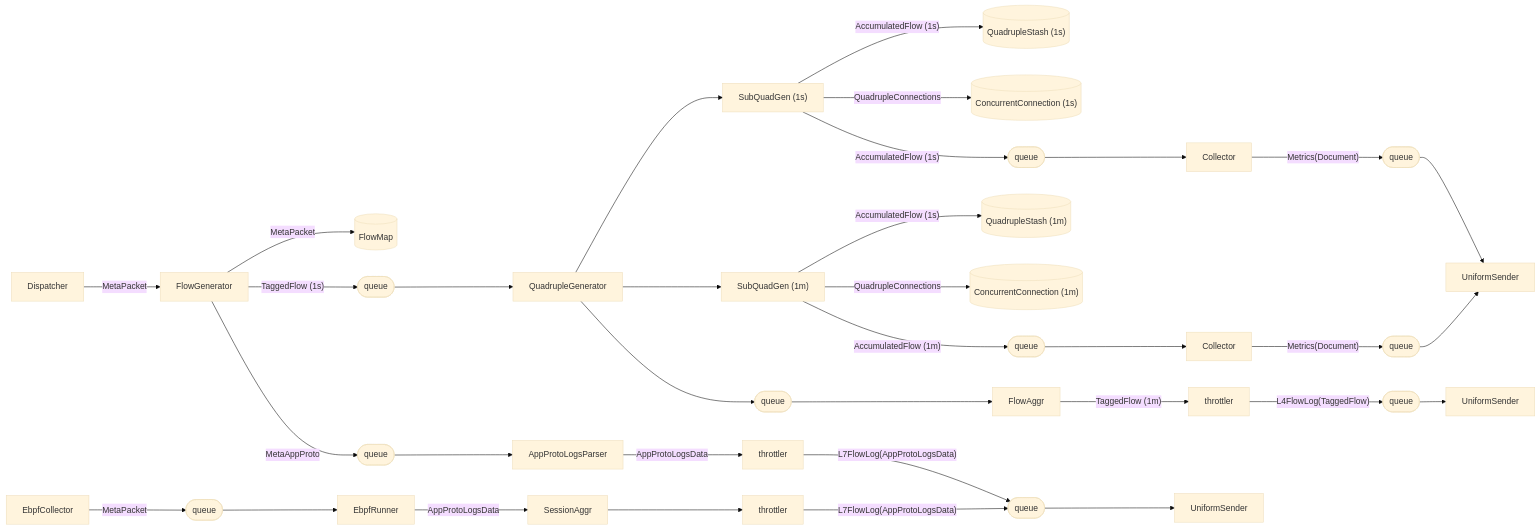
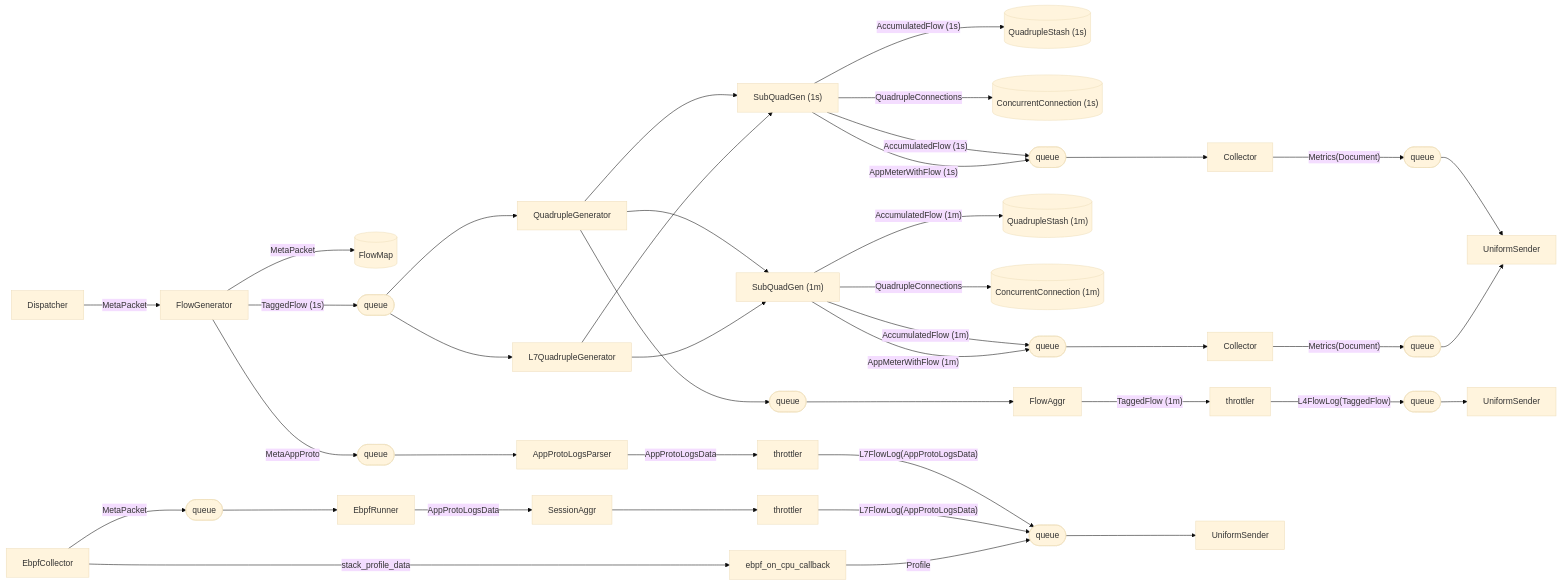
One commit to deepflowio/deepflow changed the second of 6 diagrams in docs/design/data-flow.md. Above: the diagram before and after it, drawn with Mermaid (base theme). The commit also changed other lines of this file and 525 other files, not shown here.

````diff
--- a/docs/design/data-flow.md
+++ b/docs/design/data-flow.md
@@ -91,21 +92,27 @@
 ```mermaid
 flowchart LR
 
 Dispatcher -->|MetaPacket| FlowGenerator
 FlowGenerator -->|MetaPacket| FlowMap[(FlowMap)]
 FlowGenerator -->|"TaggedFlow (1s)"| queue.1([queue])
 queue.1 --> QuadrupleGenerator
 QuadrupleGenerator --> SubQuadGen.1["SubQuadGen (1s)"]
 SubQuadGen.1 -->|"AccumulatedFlow (1s)"| QuadrupleStash.1[("QuadrupleStash (1s)")]
 SubQuadGen.1 -->|QuadrupleConnections| ConcurrentConnection.1[("ConcurrentConnection (1s)")]
 SubQuadGen.1 -->|"AccumulatedFlow (1s)"| queue.2([queue]) --> Collector.1[Collector] -->|"Metrics(Document)"| queue.3([queue]) --> UniformSender.1[UniformSender]
 QuadrupleGenerator --> SubQuadGen.2["SubQuadGen (1m)"]
-SubQuadGen.2 -->|"AccumulatedFlow (1s)"| QuadrupleStash.2[("QuadrupleStash (1m)")]
+SubQuadGen.2 -->|"AccumulatedFlow (1m)"| QuadrupleStash.2[("QuadrupleStash (1m)")]
 SubQuadGen.2 -->|QuadrupleConnections| ConcurrentConnection.2[("ConcurrentConnection (1m)")]
 SubQuadGen.2 -->|"AccumulatedFlow (1m)"| queue.4([queue]) --> Collector.2[Collector] -->|"Metrics(Document)"| queue.5([queue]) --> UniformSender.1
 QuadrupleGenerator --> queue.6([queue]) --> FlowAggr -->|"TaggedFlow (1m)"| throttler -->|"L4FlowLog(TaggedFlow)"| queue.7([queue]) --> UniformSender.2[UniformSender]
+queue.1 --> L7QuadrupleGenerator
+L7QuadrupleGenerator --> SubQuadGen.1["SubQuadGen (1s)"]
+SubQuadGen.1 -->|"AppMeterWithFlow (1s)"| queue.2([queue])
+L7QuadrupleGenerator --> SubQuadGen.2["SubQuadGen (1m)"]
+SubQuadGen.2 -->|"AppMeterWithFlow (1m)"| queue.4([queue])
 
 FlowGenerator -->|MetaAppProto| queue.8([queue]) --> AppProtoLogsParser -->|AppProtoLogsData| throttler.1[throttler] -->|"L7FlowLog(AppProtoLogsData)"| queue.9([queue]) --> UniformSender.3[UniformSender]
 
 EbpfCollector -->|MetaPacket| queue.10([queue]) --> EbpfRunner -->|AppProtoLogsData| SessionAggr --> throttler.2[throttler] -->|"L7FlowLog(AppProtoLogsData)"| queue.9
+EbpfCollector -->|stack_profile_data| ebpf_on_cpu_callback -->|"Profile"| queue.9
 ```
````
